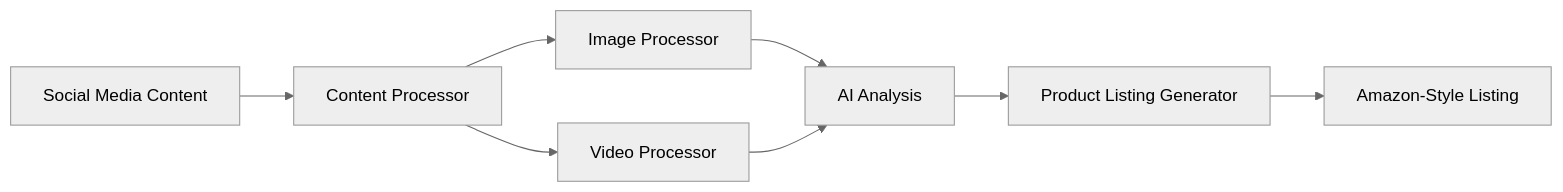
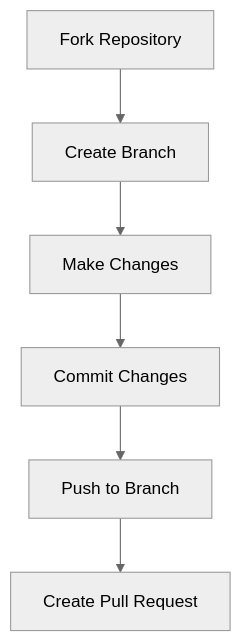
One commit to velazquezenrique/SocioSell changed the third of 3 diagrams in Readme.md. Above: the diagram before and after it, drawn with Mermaid (neutral theme). The commit also changed other lines of this file, not shown here.

````diff
--- a/Readme.md
+++ b/Readme.md
@@ -45,10 +197,8 @@
 ```mermaid
-graph LR
-    A[Social Media Content] --> B[Content Processor]
-    B --> C[Image Processor]
-    B --> D[Video Processor]
-    C --> E[AI Analysis]
-    D --> E
-    E --> F[Product Listing Generator]
-    F --> G[Amazon-Style Listing]
+graph TD
+    A[Fork Repository] --> B[Create Branch]
+    B --> C[Make Changes]
+    C --> D[Commit Changes]
+    D --> E[Push to Branch]
+    E --> F[Create Pull Request]
 ```
````
